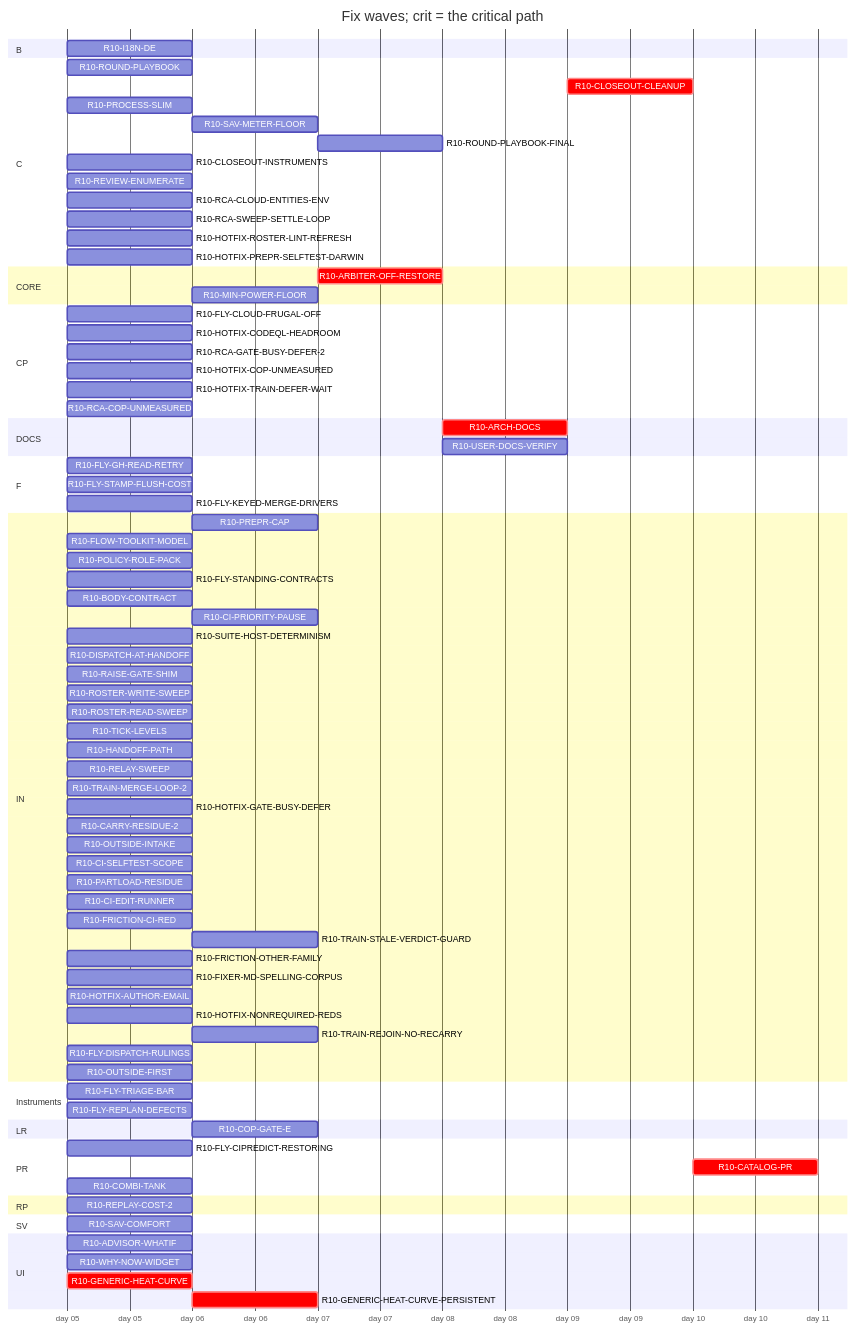
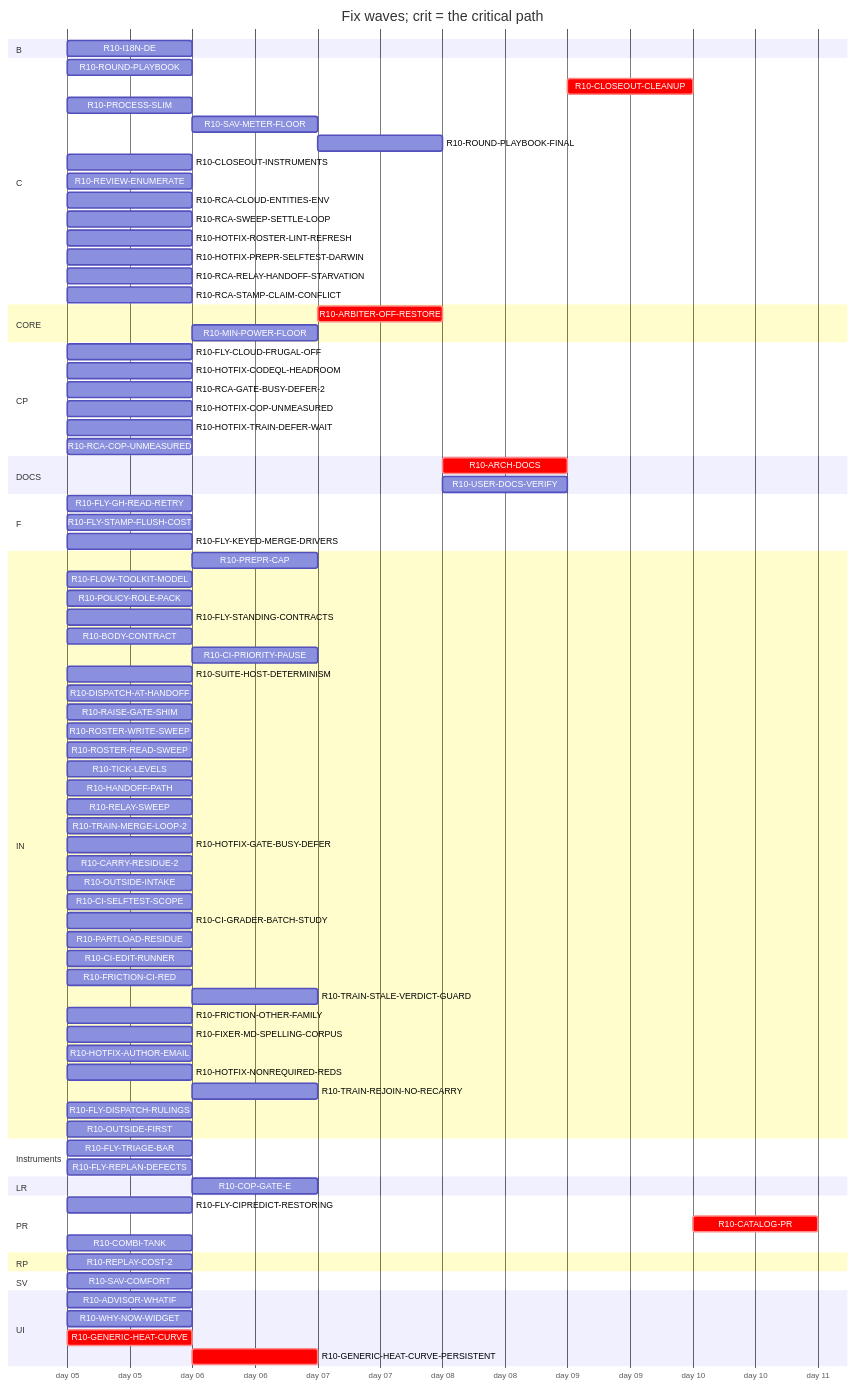
One commit to tvofi/heatpump_optimizer changed the diagram in handoff/round10/state/PLAN-TABLE.md. Above: the diagram before and after it, drawn with Mermaid. The commit also changed other lines of this file and 4 other files, not shown here.

Commit message:
state: FLOW-BOARD.md, NEXT-SESSION-PROMPT.md, PLAN-TABLE.md, PLAN.html, RESUME-CURRENT.md regenerated (state_docs.py)

```diff
--- a/handoff/round10/state/PLAN-TABLE.md
+++ b/handoff/round10/state/PLAN-TABLE.md
@@ -42,6 +42,8 @@
     R10-RCA-SWEEP-SETTLE-LOOP :r10RCASWEEPSETTLELOOP, 2026-01-05, 1d
     R10-HOTFIX-ROSTER-LINT-REFRESH :r10HOTFIXROSTERLINTREFRESH, 2026-01-05, 1d
     R10-HOTFIX-PREPR-SELFTEST-DARWIN :r10HOTFIXPREPRSELFTESTDARWIN, 2026-01-05, 1d
+    R10-RCA-RELAY-HANDOFF-STARVATION :r10RCARELAYHANDOFFSTARVATION, 2026-01-05, 1d
+    R10-RCA-STAMP-CLAIM-CONFLICT :r10RCASTAMPCLAIMCONFLICT, 2026-01-05, 1d
   section CORE
     R10-ARBITER-OFF-RESTORE :crit, r10ARBITEROFFRESTORE, after r10GENERICHEATCURVE r10GENERICHEATCURVEPERSISTENT, 1d
     R10-MIN-POWER-FLOOR :r10MINPOWERFLOOR, after r10HOTFIXCOPUNMEASURED r10GENERICHEATCURVE, 1d
@@ -79,6 +81,7 @@
     R10-CARRY-RESIDUE-2 :r10CARRYRESIDUE2, 2026-01-05, 1d
     R10-OUTSIDE-INTAKE :r10OUTSIDEINTAKE, 2026-01-05, 1d
     R10-CI-SELFTEST-SCOPE :r10CISELFTESTSCOPE, 2026-01-05, 1d
+    R10-CI-GRADER-BATCH-STUDY :r10CIGRADERBATCHSTUDY, 2026-01-05, 1d
     R10-PARTLOAD-RESIDUE :r10PARTLOADRESIDUE, 2026-01-05, 1d
     R10-CI-EDIT-RUNNER :r10CIEDITRUNNER, 2026-01-05, 1d
     R10-FRICTION-CI-RED :r10FRICTIONCIRED, 2026-01-05, 1d
```
